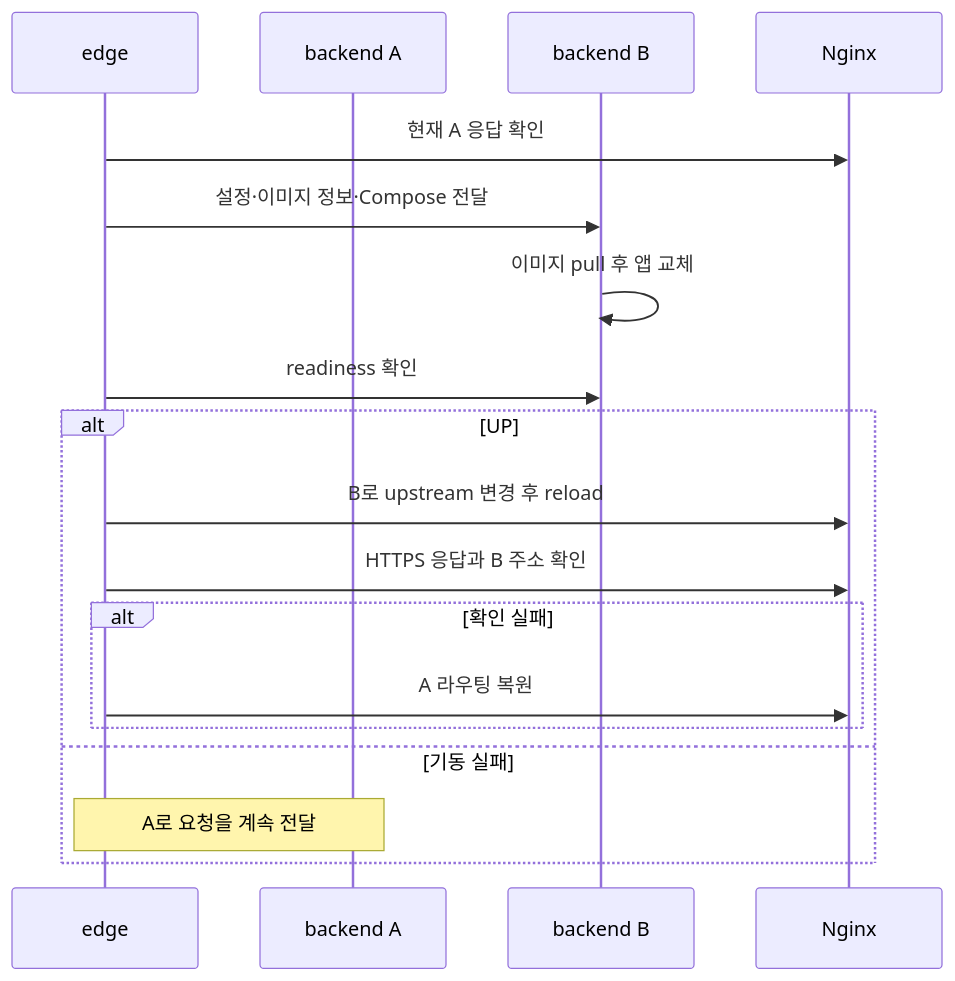
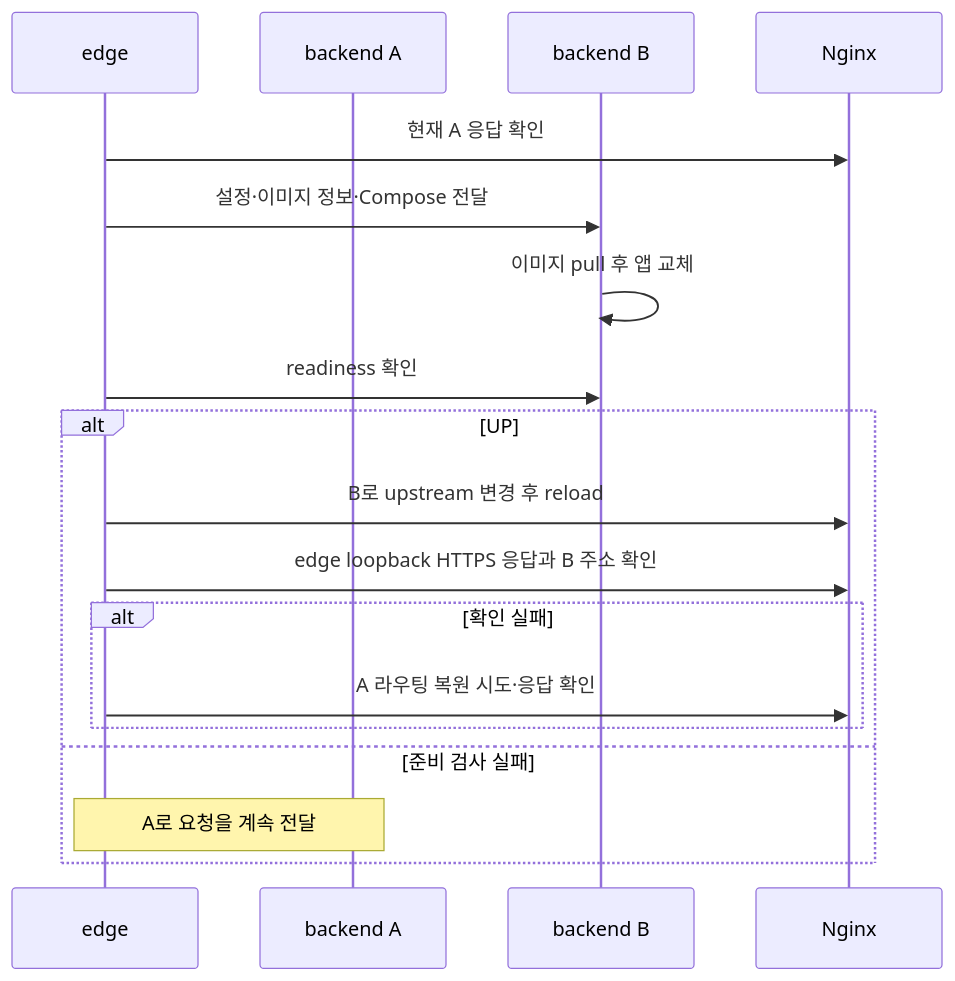
One commit to woowacourse-teams/2026-ChongChong changed the diagram in deploy/docs/edge-deployment.md. Above: the diagram before and after it, drawn with Mermaid. The commit also changed other lines of this file and 7 other files, not shown here.

```diff
--- a/deploy/docs/edge-deployment.md
+++ b/deploy/docs/edge-deployment.md
@@ -113,20 +117,20 @@
 ~~~mermaid
 sequenceDiagram
     participant E as edge
     participant A as backend A
     participant B as backend B
     participant N as Nginx
     E->>N: 현재 A 응답 확인
     E->>B: 설정·이미지 정보·Compose 전달
     B->>B: 이미지 pull 후 앱 교체
     E->>B: readiness 확인
     alt UP
         E->>N: B로 upstream 변경 후 reload
-        E->>N: HTTPS 응답과 B 주소 확인
+        E->>N: edge loopback HTTPS 응답과 B 주소 확인
         alt 확인 실패
-            E->>N: A 라우팅 복원
+            E->>N: A 라우팅 복원 시도·응답 확인
         end
-    else 기동 실패
+    else 준비 검사 실패
         Note over E,A: A로 요청을 계속 전달
     end
 ~~~
```
